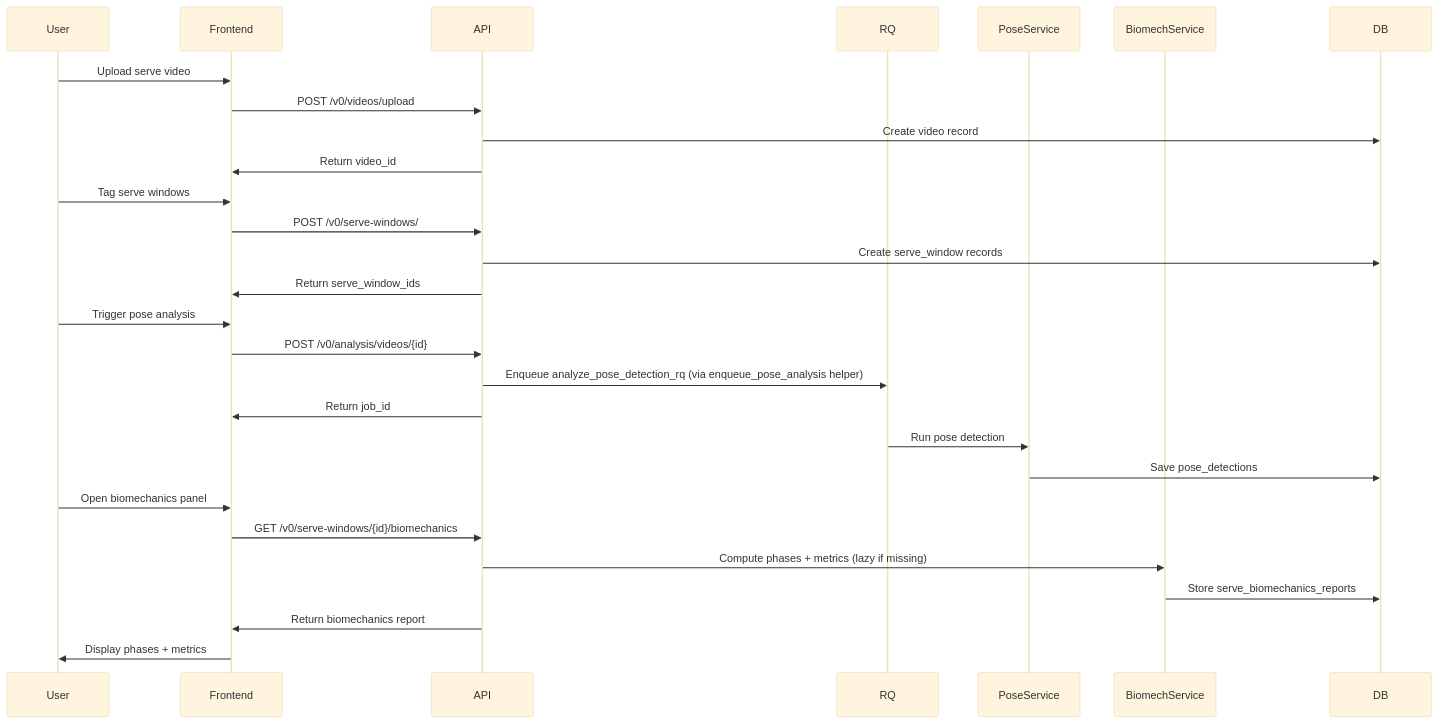
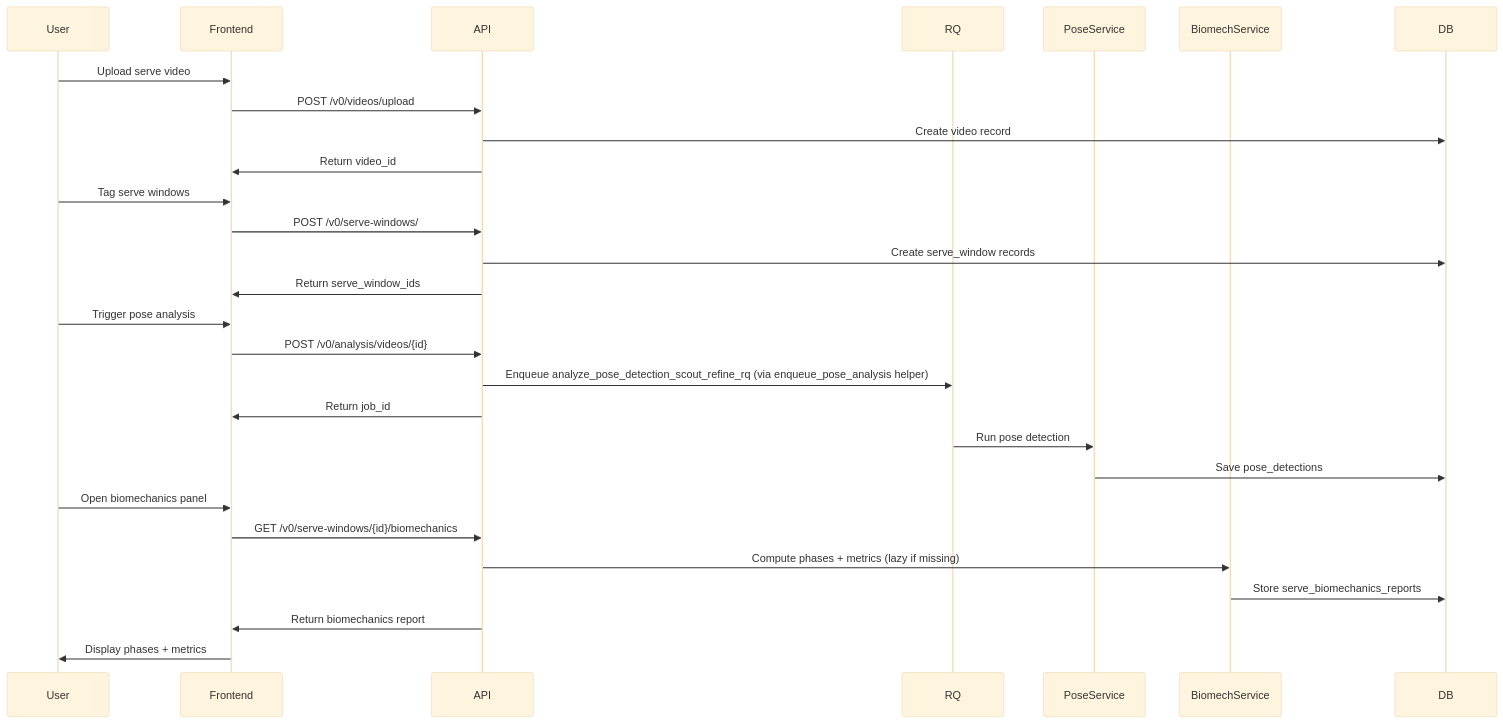
One commit to aseda-sam/tennis_coach_app changed the diagram in backend/docs/background-jobs.md. Above: the diagram before and after it, drawn with Mermaid (base theme). The commit also changed other lines of this file and 3 other files, not shown here.

First line of the commit message:
Delete analyze_pose_detection_rq and route all callers to scout/refine pipeline

````diff
--- a/backend/docs/background-jobs.md
+++ b/backend/docs/background-jobs.md
@@ -9,35 +9,35 @@
 ```mermaid
 sequenceDiagram
     participant User
     participant Frontend
     participant API
     participant RQ
     participant PoseService
     participant BiomechService
     participant DB
 
     User->>Frontend: Upload serve video
     Frontend->>API: POST /v0/videos/upload
     API->>DB: Create video record
     API->>Frontend: Return video_id
 
     User->>Frontend: Tag serve windows
     Frontend->>API: POST /v0/serve-windows/
     API->>DB: Create serve_window records
     API->>Frontend: Return serve_window_ids
 
     User->>Frontend: Trigger pose analysis
     Frontend->>API: POST /v0/analysis/videos/{id}
-    API->>RQ: Enqueue analyze_pose_detection_rq (via enqueue_pose_analysis helper)
+    API->>RQ: Enqueue analyze_pose_detection_scout_refine_rq (via enqueue_pose_analysis helper)
     API->>Frontend: Return job_id
 
     RQ->>PoseService: Run pose detection
     PoseService->>DB: Save pose_detections
 
     User->>Frontend: Open biomechanics panel
     Frontend->>API: GET /v0/serve-windows/{id}/biomechanics
     API->>BiomechService: Compute phases + metrics (lazy if missing)
     BiomechService->>DB: Store serve_biomechanics_reports
     API->>Frontend: Return biomechanics report
     Frontend->>User: Display phases + metrics
 ```
````
